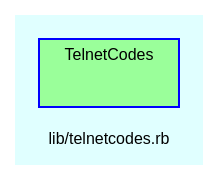
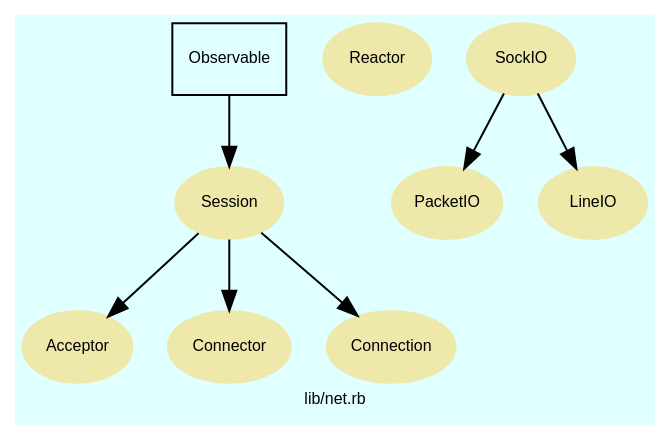
Before and after one commit to Tyche/teensymud: the diagram in doc/dot/f_10.dot, drawn with Graphviz. The commit also changed 166 other files, not shown here.

```diff
--- a/doc/dot/f_10.dot
+++ b/doc/dot/f_10.dot
@@ -1,29 +1,115 @@
 digraph TopLevel {
     compound = true
     bgcolor = lightcyan1
     fontname = Arial
     fontsize = 8
-    label = "lib/telnetcodes.rb"
+    label = "lib/net.rb"
     node [
         fontname = Arial,
         fontsize = 8,
         color = black
     ]
 
-    subgraph cluster_TelnetCodes {
-        fillcolor = palegreen1
-        URL = "classes/TelnetCodes.html"
-        fontname = Arial
-        color = blue
-        label = "TelnetCodes"
-        style = filled
-        TelnetCodes [
-            shape = plaintext,
-            height = 0.01,
-            width = 0.75,
-            label = ""
-        ]
+    Acceptor [
+        fontcolor = black,
+        URL = "classes/Acceptor.html",
+        shape = ellipse,
+        color = palegoldenrod,
+        style = filled,
+        label = "Acceptor"
+    ]
 
-    }
+    Reactor [
+        fontcolor = black,
+        URL = "classes/Reactor.html",
+        shape = ellipse,
+        color = palegoldenrod,
+        style = filled,
+        label = "Reactor"
+    ]
+
+    SockIO [
+        fontcolor = black,
+        URL = "classes/SockIO.html",
+        shape = ellipse,
+        color = palegoldenrod,
+        style = filled,
+        label = "SockIO"
+    ]
+
+    Session [
+        fontcolor = black,
+        URL = "classes/Session.html",
+        shape = ellipse,
+        color = palegoldenrod,
+        style = filled,
+        label = "Session"
+    ]
+
+    Connector [
+        fontcolor = black,
+        URL = "classes/Connector.html",
+        shape = ellipse,
+        color = palegoldenrod,
+        style = filled,
+        label = "Connector"
+    ]
+
+    PacketIO [
+        fontcolor = black,
+        URL = "classes/PacketIO.html",
+        shape = ellipse,
+        color = palegoldenrod,
+        style = filled,
+        label = "PacketIO"
+    ]
+
+    Connection [
+        fontcolor = black,
+        URL = "classes/Connection.html",
+        shape = ellipse,
+        color = palegoldenrod,
+        style = filled,
+        label = "Connection"
+    ]
+
+    LineIO [
+        fontcolor = black,
+        URL = "classes/LineIO.html",
+        shape = ellipse,
+        color = palegoldenrod,
+        style = filled,
+        label = "LineIO"
+    ]
+
+    Session -> Acceptor [
+
+    ]
+
+    Observable [
+        URL = "classes/Observable.html",
+        shape = box,
+        label = "Observable"
+    ]
+
+    Observable -> Session [
+
+    ]
+
+    Session -> Connector [
+
+    ]
+
+    SockIO -> PacketIO [
+
+    ]
+
+    Session -> Connection [
+
+    ]
+
+    SockIO -> LineIO [
+
+    ]
 
 }
```
